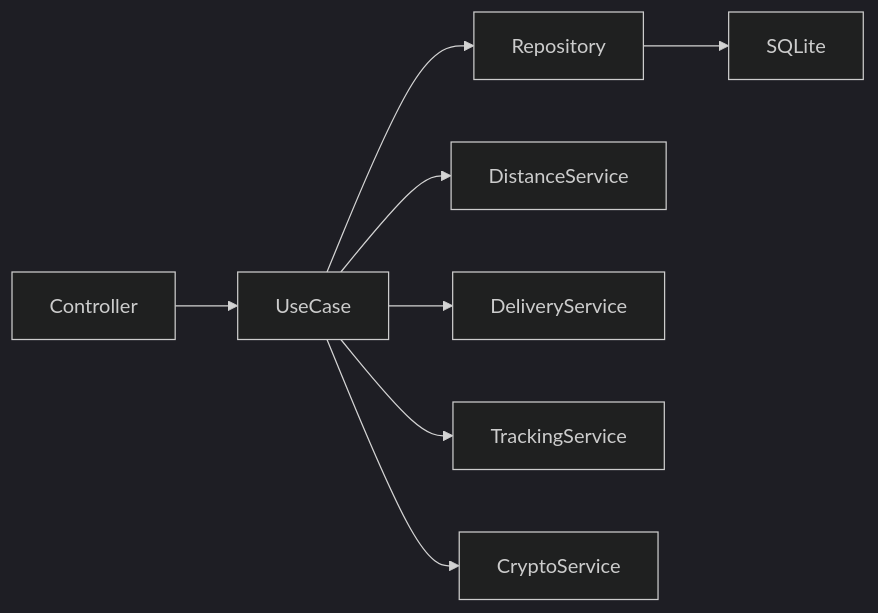
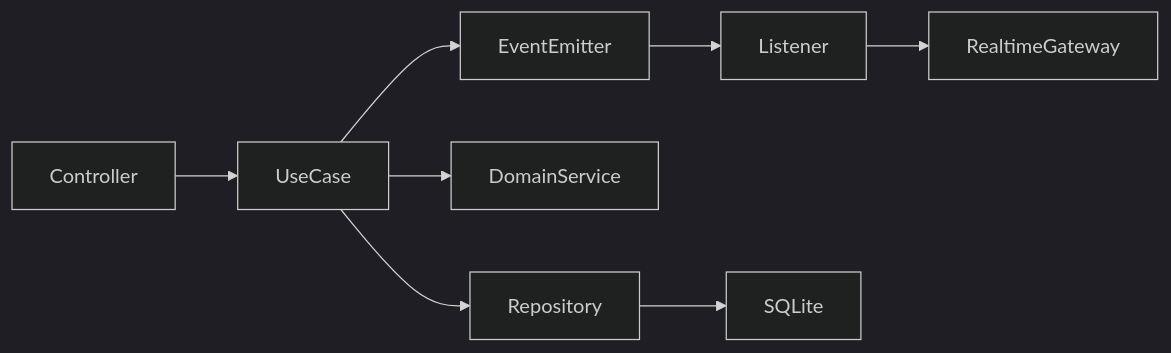
The fourth of 4 diagrams in README.md (lenodeoliveira/corvo-zap), drawn with Mermaid (dark theme) before and after one commit. The commit also changed other lines of this file, not shown here.

````diff
--- a/README.md
+++ b/README.md
@@ -290,17 +396,17 @@
 ```mermaid
 flowchart LR
 
 Controller --> UseCase
 
 UseCase --> Repository
 
-UseCase --> DistanceService
+UseCase --> DomainService
 
-UseCase --> DeliveryService
+UseCase --> EventEmitter
 
-UseCase --> TrackingService
+EventEmitter --> Listener
 
-UseCase --> CryptoService
+Listener --> RealtimeGateway
 
 Repository --> SQLite
 ```
````
